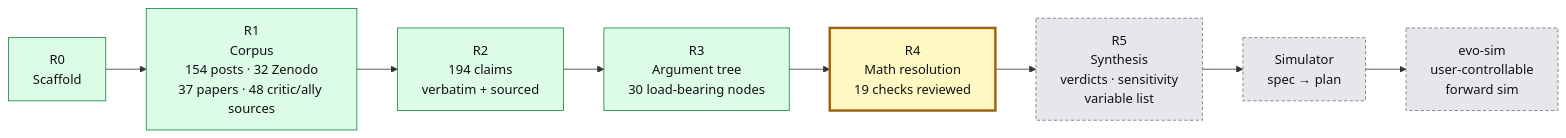
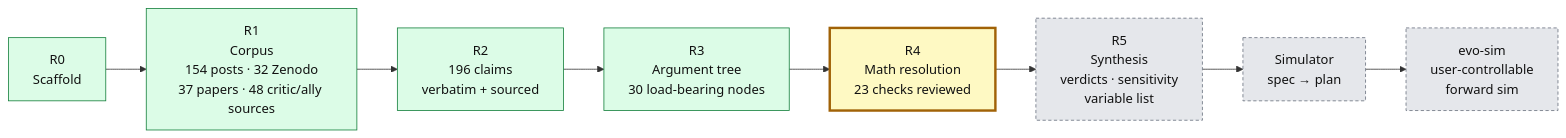
Before and after one commit to nickallevato/evo-sim: the second of 2 diagrams in README.md, drawn with Mermaid. The commit also changed other lines of this file and 24 other files, not shown here.

````diff
--- a/README.md
+++ b/README.md
@@ -196,14 +205,14 @@
 ```mermaid
 flowchart LR
   R0["R0<br/>Scaffold"]:::done --> R1["R1<br/>Corpus<br/>154 posts · 32 Zenodo<br/>37 papers · 48 critic/ally sources"]:::done
-  R1 --> R2["R2<br/>194 claims<br/>verbatim + sourced"]:::done
+  R1 --> R2["R2<br/>196 claims<br/>verbatim + sourced"]:::done
   R2 --> R3["R3<br/>Argument tree<br/>30 load-bearing nodes"]:::done
-  R3 --> R4["R4<br/>Math resolution<br/>19 checks reviewed"]:::active
+  R3 --> R4["R4<br/>Math resolution<br/>23 checks reviewed"]:::active
   R4 --> R5["R5<br/>Synthesis<br/>verdicts · sensitivity<br/>variable list"]:::todo
   R5 --> S1["Simulator<br/>spec → plan"]:::todo
   S1 --> S2["evo-sim<br/>user-controllable<br/>forward sim"]:::todo
 
   classDef done fill:#dcfce7,stroke:#15803d,color:#111
   classDef active fill:#fef9c3,stroke:#a16207,stroke-width:3px,color:#111
   classDef todo fill:#e5e7eb,stroke:#6b7280,color:#111,stroke-dasharray:4 3
 ```
````
